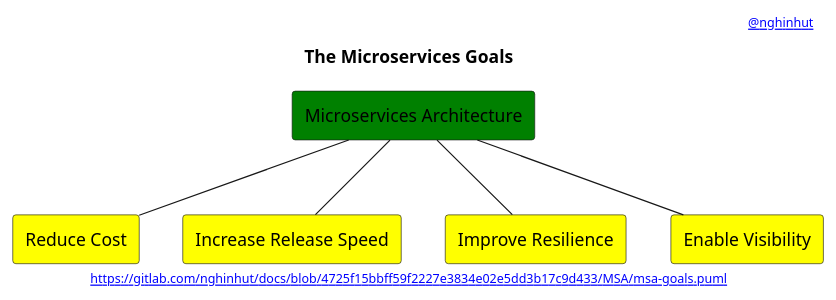
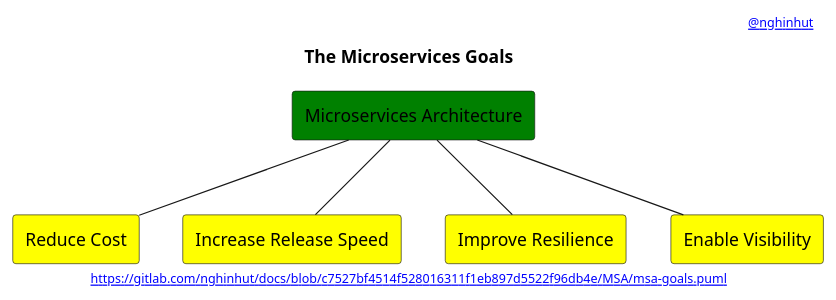
The diagram in MSA/msa-goals.puml (nghinhut/docs), drawn with PlantUML before and after one commit. The commit also changed 17 other files, not shown here.

Commit message:
Update diagrams

```diff
--- a/MSA/msa-goals.puml
+++ b/MSA/msa-goals.puml
@@ -1,23 +1,23 @@
 @startuml
 '-----START auto generated metadata please keep comment here to allow auto update-----
 '-----DON'T EDIT THIS SECTION, INSTEAD RE-RUN prebuild.sh TO UPDATE-----
 header [[mailto:nghinhut@gmail.com @nghinhut]]
-footer [[http://www.plantuml.com/plantuml/proxy?fmt=svg&src=https://gitlab.com/nghinhut/docs/raw/4725f15bbff59f2227e3834e02e5dd3b17c9d433/MSA/msa-goals.puml https://gitlab.com/nghinhut/docs/blob/4725f15bbff59f2227e3834e02e5dd3b17c9d433/MSA/msa-goals.puml]]
+footer [[http://www.plantuml.com/plantuml/proxy?fmt=svg&src=https://gitlab.com/nghinhut/docs/raw/c7527bf4514f528016311f1eb897d5522f96db4e/MSA/msa-goals.puml https://gitlab.com/nghinhut/docs/blob/c7527bf4514f528016311f1eb897d5522f96db4e/MSA/msa-goals.puml]]
 '-----END auto generated metadata please keep comment here to allow auto update-----
 title The Microservices Goals
 
 rectangle "Microservices Architecture" as msa #green
 
 rectangle "Reduce Cost" as goal1 #yellow
 rectangle "Increase Release Speed" as goal2 #yellow
 rectangle "Improve Resilience" as goal3 #yellow
 rectangle "Enable Visibility" as goal4 #yellow
 
 msa -- goal1
 msa -- goal2
 msa -- goal3
 msa -- goal4
 
 
 
 @enduml
```
